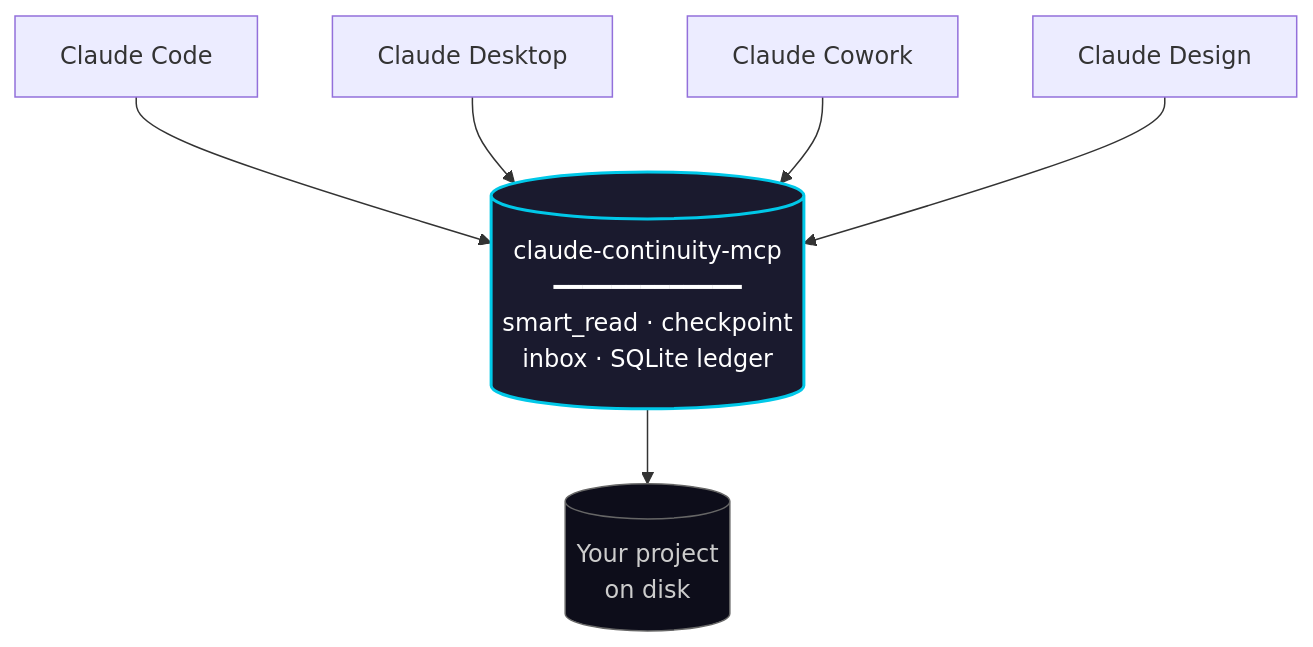
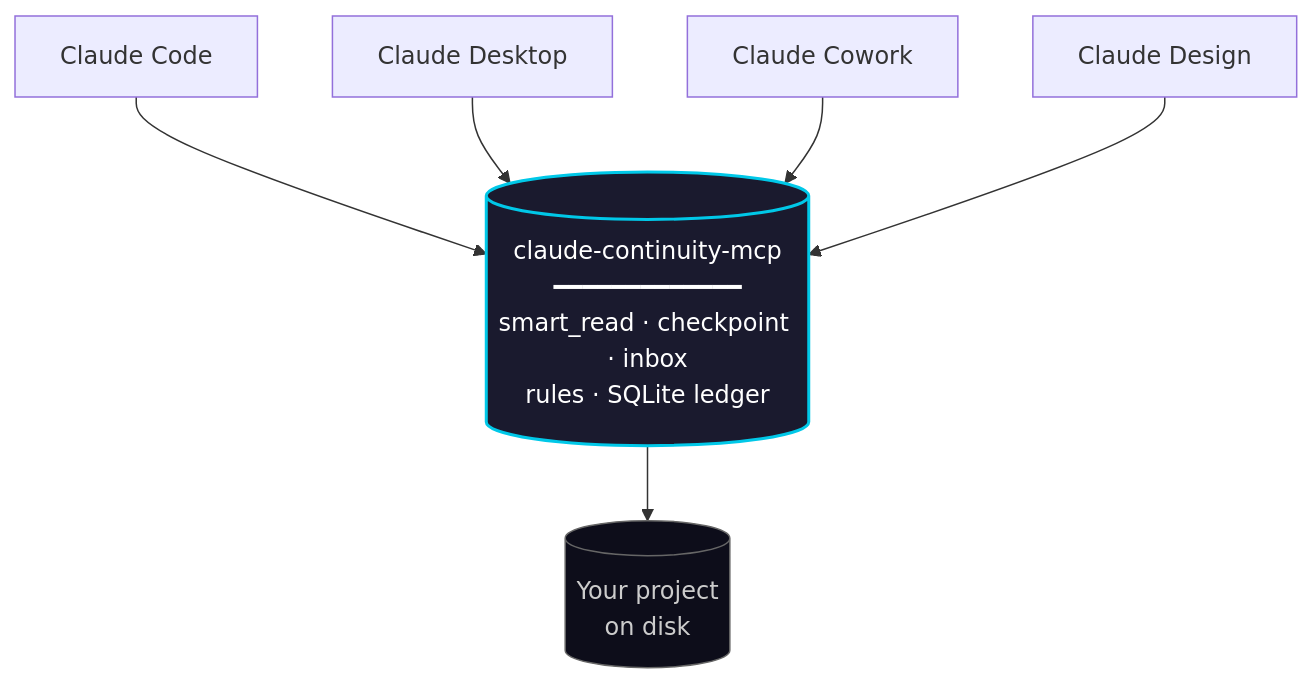
One commit to gabicacabelos/claude-mcp-router changed the diagram in README.md. Above: the diagram before and after it, drawn with Mermaid. The commit also changed other lines of this file and 3 other files, not shown here.

````diff
--- a/README.md
+++ b/README.md
@@ -7,12 +7,12 @@
 ```mermaid
 graph TD
     A[Claude Code] --> M
     B[Claude Desktop] --> M
     C[Claude Cowork] --> M
     D[Claude Design] --> M
 
-    M[("claude-continuity-mcp<br/>━━━━━━━━━━━━━<br/>smart_read · checkpoint<br/>inbox · SQLite ledger")] --> P[(Your project<br/>on disk)]
+    M[("claude-continuity-mcp<br/>━━━━━━━━━━━━━<br/>smart_read · checkpoint · inbox<br/>rules · SQLite ledger")] --> P[(Your project<br/>on disk)]
 
     style M fill:#1a1a2e,stroke:#00c8e8,stroke-width:2px,color:#fff
     style P fill:#0d0d1a,stroke:#666,stroke-width:1px,color:#ccc
 ```
````
